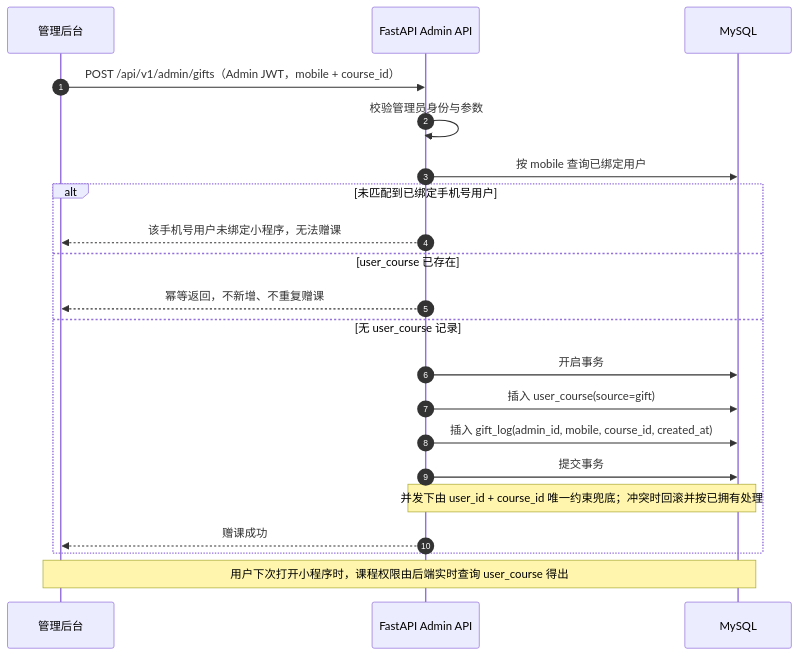
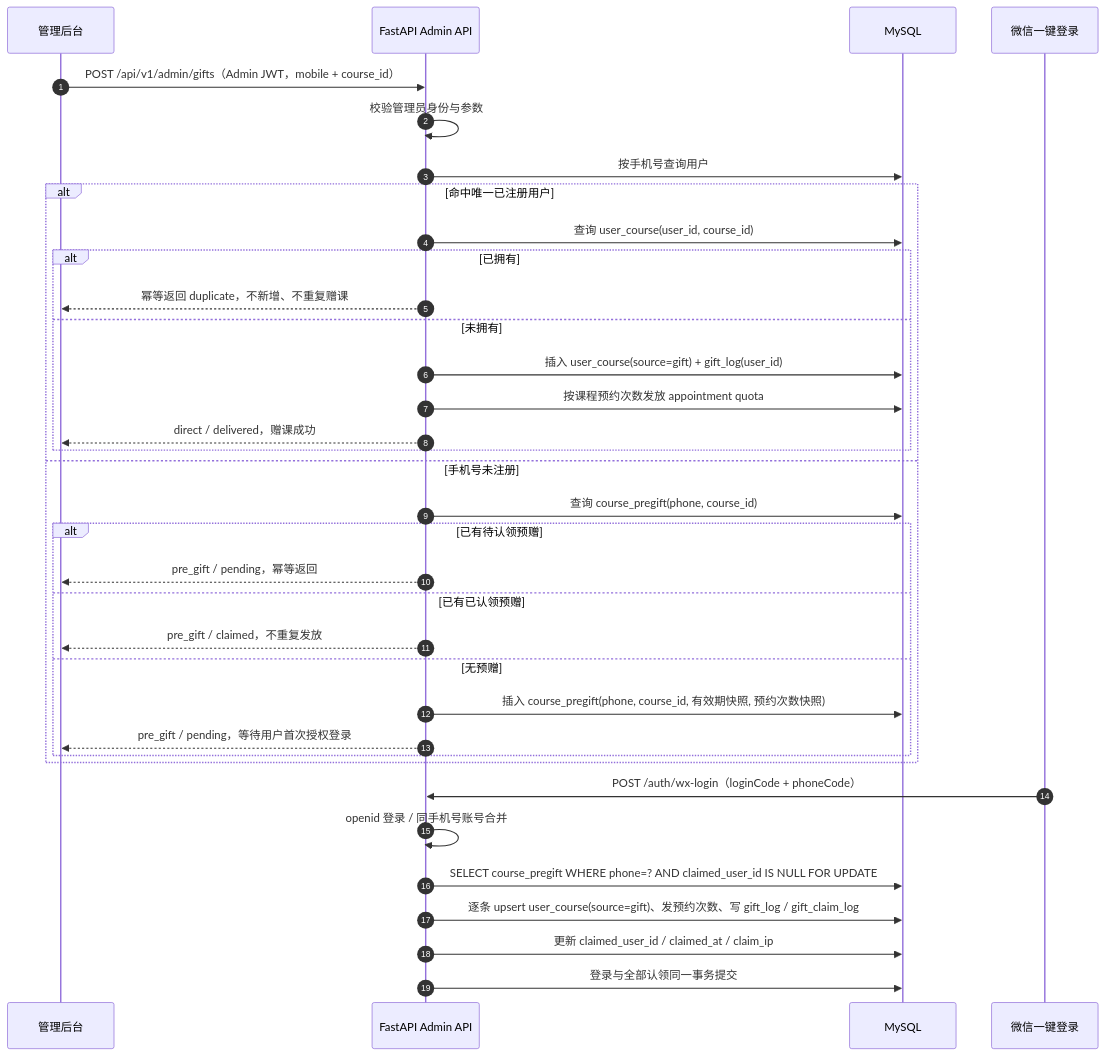
Before and after one commit to NightSnowfuneral/xiaochengxu: the fourth of 8 diagrams in docs/ARCHITECTURE.md, drawn with Mermaid. The commit also changed other lines of this file and 195 other files, not shown here.

````diff
--- a/docs/ARCHITECTURE.md
+++ b/docs/ARCHITECTURE.md
@@ -358,26 +392,40 @@
 ```mermaid
 sequenceDiagram
     autonumber
     participant ADMIN as 管理后台
     participant API as FastAPI Admin API
     participant DB as MySQL
+    participant LOGIN as 微信一键登录
 
     ADMIN->>API: POST /api/v1/admin/gifts（Admin JWT，mobile + course_id）
     API->>API: 校验管理员身份与参数
-    API->>DB: 按 mobile 查询已绑定用户
+    API->>DB: 按手机号查询用户
 
-    alt 未匹配到已绑定手机号用户
-        API-->>ADMIN: 该手机号用户未绑定小程序，无法赠课
-    else user_course 已存在
-        API-->>ADMIN: 幂等返回，不新增、不重复赠课
-    else 无 user_course 记录
-        API->>DB: 开启事务
-        API->>DB: 插入 user_course(source=gift)
-        API->>DB: 插入 gift_log(admin_id, mobile, course_id, created_at)
-        API->>DB: 提交事务
-        Note over API,DB: 并发下由 user_id + course_id 唯一约束兜底；冲突时回滚并按已拥有处理
-        API-->>ADMIN: 赠课成功
+    alt 命中唯一已注册用户
+        API->>DB: 查询 user_course(user_id, course_id)
+        alt 已拥有
+            API-->>ADMIN: 幂等返回 duplicate，不新增、不重复赠课
+        else 未拥有
+            API->>DB: 插入 user_course(source=gift) + gift_log(user_id)
+            API->>DB: 按课程预约次数发放 appointment quota
+            API-->>ADMIN: direct / delivered，赠课成功
+        end
+    else 手机号未注册
+        API->>DB: 查询 course_pregift(phone, course_id)
+        alt 已有待认领预赠
+            API-->>ADMIN: pre_gift / pending，幂等返回
+        else 已有已认领预赠
+            API-->>ADMIN: pre_gift / claimed，不重复发放
+        else 无预赠
+            API->>DB: 插入 course_pregift(phone, course_id, 有效期快照, 预约次数快照)
+            API-->>ADMIN: pre_gift / pending，等待用户首次授权登录
+        end
     end
 
-    Note over ADMIN,DB: 用户下次打开小程序时，课程权限由后端实时查询 user_course 得出
+    LOGIN->>API: POST /auth/wx-login（loginCode + phoneCode）
+    API->>API: openid 登录 / 同手机号账号合并
+    API->>DB: SELECT course_pregift WHERE phone=? AND claimed_user_id IS NULL FOR UPDATE
+    API->>DB: 逐条 upsert user_course(source=gift)、发预约次数、写 gift_log / gift_claim_log
+    API->>DB: 更新 claimed_user_id / claimed_at / claim_ip
+    API->>DB: 登录与全部认领同一事务提交
 ```
````
